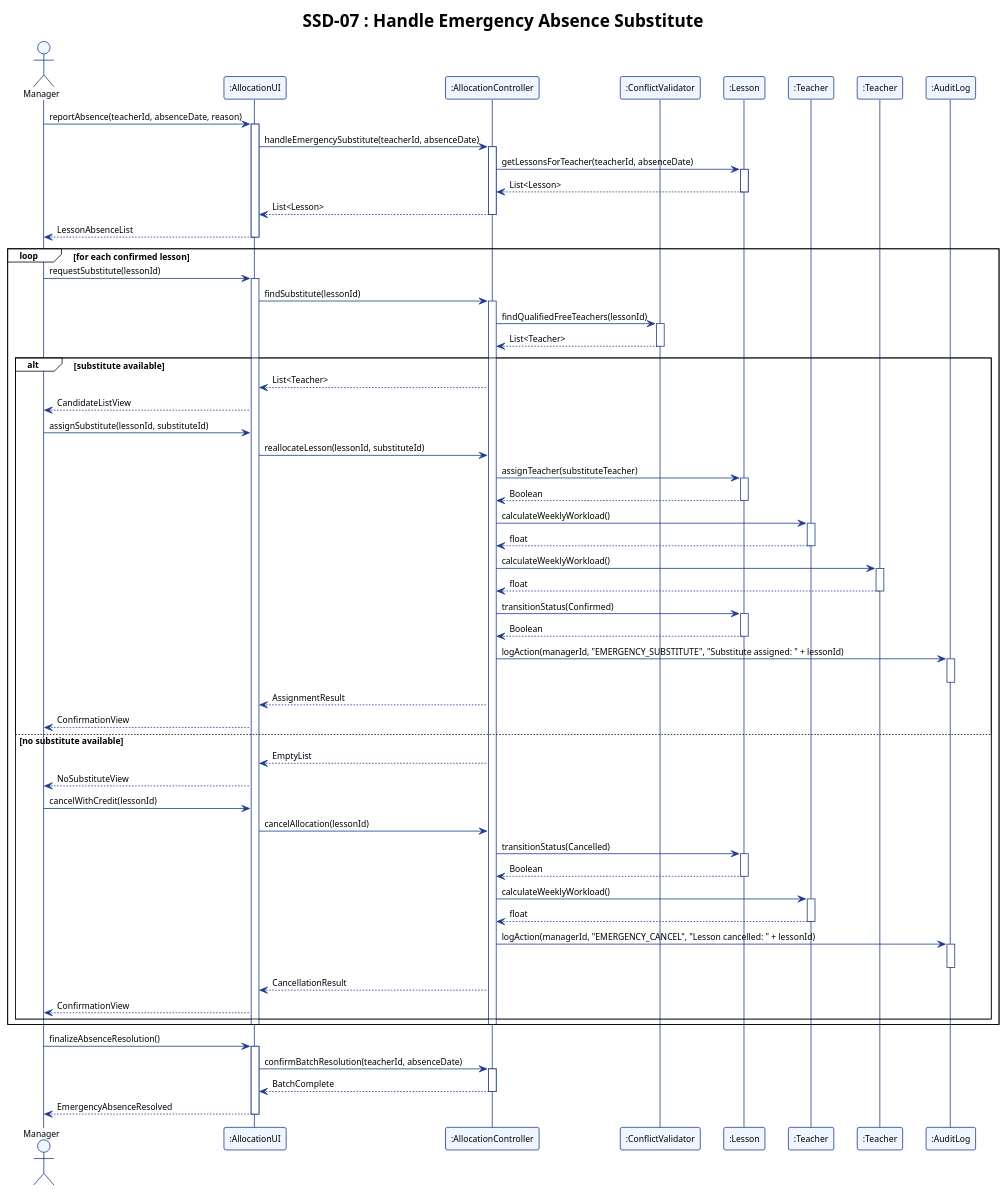
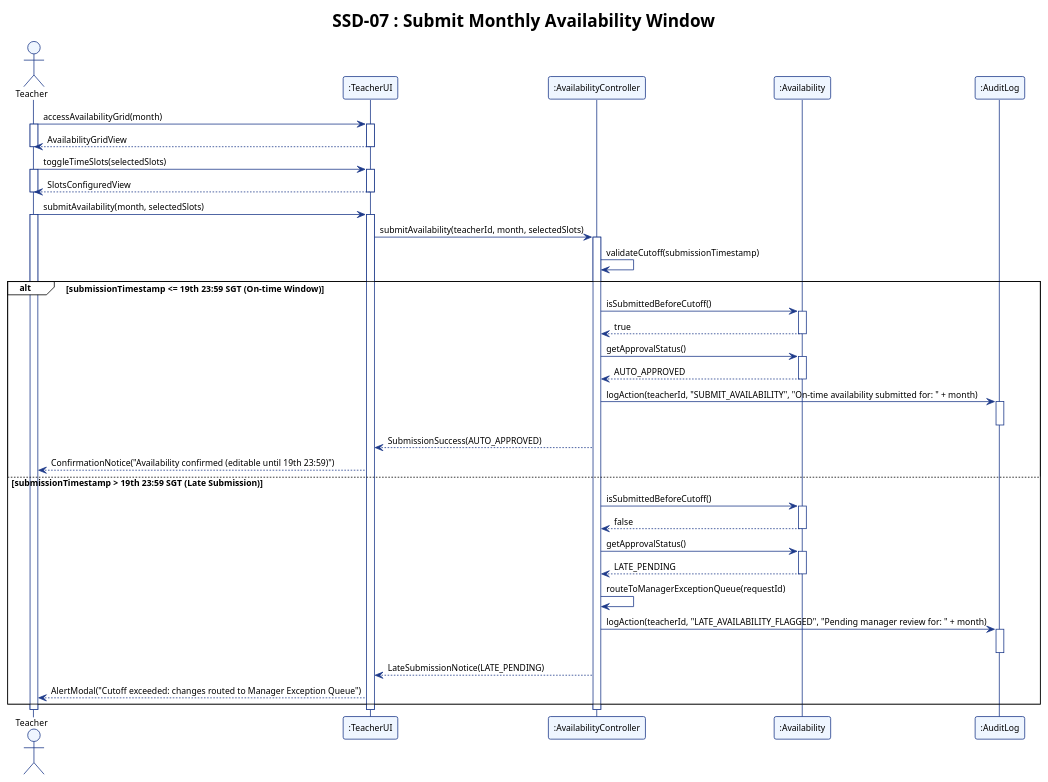
Before and after one commit to adoreblvnk/2001temp: the diagram in report/assets/ssd_07.puml, drawn with PlantUML. The commit also changed 27 other files, not shown here.

```diff
--- a/report/assets/ssd_07.puml
+++ b/report/assets/ssd_07.puml
@@ -1,112 +1,89 @@
 @startuml ssd_07
 !theme plain
 skinparam shadowing false
 skinparam defaultFontName "Helvetica", "Arial", sans-serif
 skinparam defaultFontSize 11
 skinparam sequence {
     ParticipantBorderColor #1E3A8A
     ParticipantBackgroundColor #EFF6FF
     LifeLineBorderColor #1E3A8A
     LifeLineBackgroundColor #FFFFFF
     ArrowColor #1E3A8A
     ActorBorderColor #1E3A8A
     ActorBackgroundColor #EFF6FF
 }
 
-title SSD-07 : Handle Emergency Absence Substitute
+title SSD-07 : Submit Monthly Availability Window
 
-actor Manager
-participant ":AllocationUI" as AllocationUI
-participant ":AllocationController" as AllocationController
-participant ":ConflictValidator" as ConflictValidator
-participant ":Lesson" as Lesson
-participant ":Teacher" as AbsentTeacher
-participant ":Teacher" as SubstituteTeacher
+actor Teacher
+participant ":TeacherUI" as TeacherUI
+participant ":AvailabilityController" as AvailabilityController
+participant ":Availability" as Availability
 participant ":AuditLog" as AuditLog
 
-Manager -> AllocationUI : reportAbsence(teacherId, absenceDate, reason)
-activate AllocationUI
-AllocationUI -> AllocationController : handleEmergencySubstitute(teacherId, absenceDate)
-activate AllocationController
+Teacher -> TeacherUI : accessAvailabilityGrid(month)
+activate Teacher
+activate TeacherUI
 
-AllocationController -> Lesson : getLessonsForTeacher(teacherId, absenceDate)
-activate Lesson
-Lesson --> AllocationController : List<Lesson>
-deactivate Lesson
-AllocationController --> AllocationUI : List<Lesson>
-deactivate AllocationController
-AllocationUI --> Manager : LessonAbsenceList
-deactivate AllocationUI
+TeacherUI --> Teacher : AvailabilityGridView
+deactivate TeacherUI
+deactivate Teacher
 
-loop for each confirmed lesson
-    Manager -> AllocationUI : requestSubstitute(lessonId)
-    activate AllocationUI
-    AllocationUI -> AllocationController : findSubstitute(lessonId)
-    activate AllocationController
-    AllocationController -> ConflictValidator : findQualifiedFreeTeachers(lessonId)
-    activate ConflictValidator
-    ConflictValidator --> AllocationController : List<Teacher>
-    deactivate ConflictValidator
+Teacher -> TeacherUI : toggleTimeSlots(selectedSlots)
+activate Teacher
+activate TeacherUI
+TeacherUI --> Teacher : SlotsConfiguredView
+deactivate TeacherUI
+deactivate Teacher
 
-    alt substitute available
-        AllocationController --> AllocationUI : List<Teacher>
-        AllocationUI --> Manager : CandidateListView
+Teacher -> TeacherUI : submitAvailability(month, selectedSlots)
+activate Teacher
+activate TeacherUI
+TeacherUI -> AvailabilityController : submitAvailability(teacherId, month, selectedSlots)
+activate AvailabilityController
 
-        Manager -> AllocationUI : assignSubstitute(lessonId, substituteId)
-        AllocationUI -> AllocationController : reallocateLesson(lessonId, substituteId)
-        AllocationController -> Lesson : assignTeacher(substituteTeacher)
-        activate Lesson
-        Lesson --> AllocationController : Boolean
-        deactivate Lesson
-        AllocationController -> AbsentTeacher : calculateWeeklyWorkload()
-        activate AbsentTeacher
-        AbsentTeacher --> AllocationController : float
-        deactivate AbsentTeacher
-        AllocationController -> SubstituteTeacher : calculateWeeklyWorkload()
-        activate SubstituteTeacher
-        SubstituteTeacher --> AllocationController : float
-        deactivate SubstituteTeacher
-        AllocationController -> Lesson : transitionStatus(Confirmed)
-        activate Lesson
-        Lesson --> AllocationController : Boolean
-        deactivate Lesson
-        AllocationController -> AuditLog : logAction(managerId, "EMERGENCY_SUBSTITUTE", "Substitute assigned: " + lessonId)
-        activate AuditLog
-        deactivate AuditLog
-        AllocationController --> AllocationUI : AssignmentResult
-        AllocationUI --> Manager : ConfirmationView
-    else no substitute available
-        AllocationController --> AllocationUI : EmptyList
-        AllocationUI --> Manager : NoSubstituteView
+AvailabilityController -> AvailabilityController : validateCutoff(submissionTimestamp)
 
-        Manager -> AllocationUI : cancelWithCredit(lessonId)
-        AllocationUI -> AllocationController : cancelAllocation(lessonId)
-        AllocationController -> Lesson : transitionStatus(Cancelled)
-        activate Lesson
-        Lesson --> AllocationController : Boolean
-        deactivate Lesson
-        AllocationController -> AbsentTeacher : calculateWeeklyWorkload()
-        activate AbsentTeacher
-        AbsentTeacher --> AllocationController : float
-        deactivate AbsentTeacher
-        AllocationController -> AuditLog : logAction(managerId, "EMERGENCY_CANCEL", "Lesson cancelled: " + lessonId)
-        activate AuditLog
-        deactivate AuditLog
-        AllocationController --> AllocationUI : CancellationResult
-        AllocationUI --> Manager : ConfirmationView
-    end
+alt submissionTimestamp <= 19th 23:59 SGT (On-time Window)
+    AvailabilityController -> Availability : isSubmittedBeforeCutoff()
+    activate Availability
+    Availability --> AvailabilityController : true
+    deactivate Availability
 
-    deactivate AllocationController
-    deactivate AllocationUI
+    AvailabilityController -> Availability : getApprovalStatus()
+    activate Availability
+    Availability --> AvailabilityController : AUTO_APPROVED
+    deactivate Availability
+
+    AvailabilityController -> AuditLog : logAction(teacherId, "SUBMIT_AVAILABILITY", "On-time availability submitted for: " + month)
+    activate AuditLog
+    deactivate AuditLog
+
+    AvailabilityController --> TeacherUI : SubmissionSuccess(AUTO_APPROVED)
+    TeacherUI --> Teacher : ConfirmationNotice("Availability confirmed (editable until 19th 23:59)")
+else submissionTimestamp > 19th 23:59 SGT (Late Submission)
+    AvailabilityController -> Availability : isSubmittedBeforeCutoff()
+    activate Availability
+    Availability --> AvailabilityController : false
+    deactivate Availability
+
+    AvailabilityController -> Availability : getApprovalStatus()
+    activate Availability
+    Availability --> AvailabilityController : LATE_PENDING
+    deactivate Availability
+
+    AvailabilityController -> AvailabilityController : routeToManagerExceptionQueue(requestId)
+
+    AvailabilityController -> AuditLog : logAction(teacherId, "LATE_AVAILABILITY_FLAGGED", "Pending manager review for: " + month)
+    activate AuditLog
+    deactivate AuditLog
+
+    AvailabilityController --> TeacherUI : LateSubmissionNotice(LATE_PENDING)
+    TeacherUI --> Teacher : AlertModal("Cutoff exceeded: changes routed to Manager Exception Queue")
 end
 
-Manager -> AllocationUI : finalizeAbsenceResolution()
-activate AllocationUI
-AllocationUI -> AllocationController : confirmBatchResolution(teacherId, absenceDate)
-activate AllocationController
-AllocationController --> AllocationUI : BatchComplete
-deactivate AllocationController
-AllocationUI --> Manager : EmergencyAbsenceResolved
-deactivate AllocationUI
+deactivate AvailabilityController
+deactivate TeacherUI
+deactivate Teacher
 
 @enduml
```
